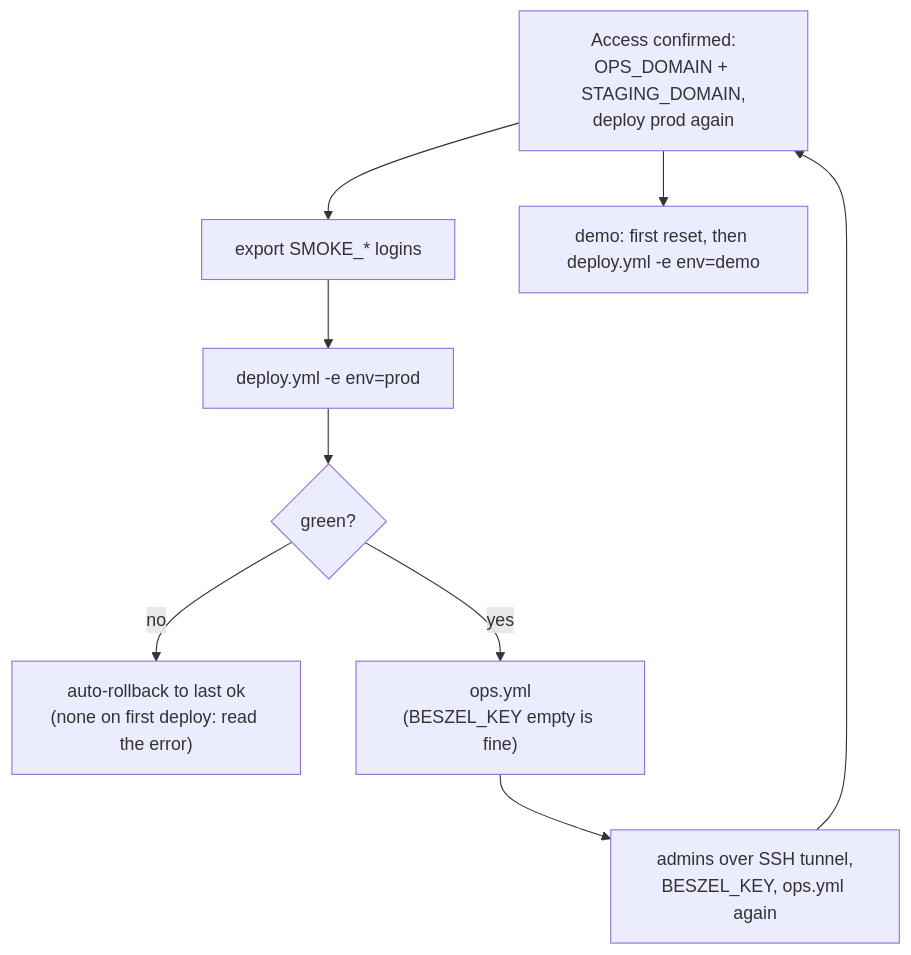
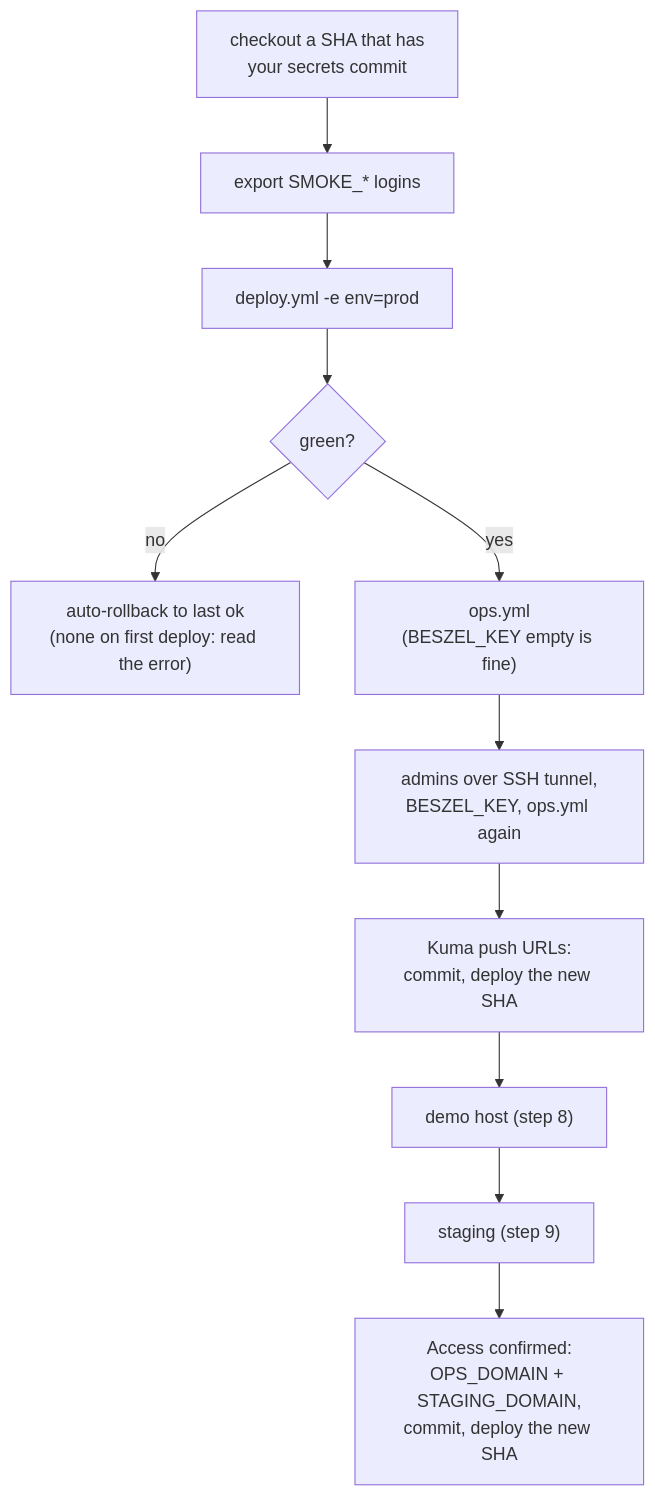
One commit to tareq89/biddaloy changed the sixth of 12 diagrams in docs/architecture/28-platform-runbook.md. Above: the diagram before and after it, drawn with Mermaid. The commit also changed other lines of this file and 4 other files, not shown here.

First line of the commit message:
docs(runbook): fix PR #2743 review - secrets from checkout, demo own host, move-VM restore, safe alert tests

````diff
--- a/docs/architecture/28-platform-runbook.md
+++ b/docs/architecture/28-platform-runbook.md
@@ -210,11 +245,13 @@
 ```mermaid
 flowchart TD
-  A["checkout the SHA"] --> B["export SMOKE_* logins"]
+  A["checkout a SHA that has<br/>your secrets commit"] --> B["export SMOKE_* logins"]
   B --> C["deploy.yml -e env=prod"]
   C --> D{"green?"}
   D -- no --> E["auto-rollback to last ok<br/>(none on first deploy: read the error)"]
   D -- yes --> F["ops.yml<br/>(BESZEL_KEY empty is fine)"]
   F --> G["admins over SSH tunnel,<br/>BESZEL_KEY, ops.yml again"]
-  G --> A["Access confirmed:<br/>OPS_DOMAIN + STAGING_DOMAIN,<br/>deploy prod again"]
-  A --> H["demo: first reset, then deploy.yml -e env=demo"]
+  G --> K["Kuma push URLs:<br/>commit, deploy the new SHA"]
+  K --> H["demo host (step 8)"]
+  H --> ST["staging (step 9)"]
+  ST --> AC["Access confirmed:<br/>OPS_DOMAIN + STAGING_DOMAIN,<br/>commit, deploy the new SHA"]
 ```
````
